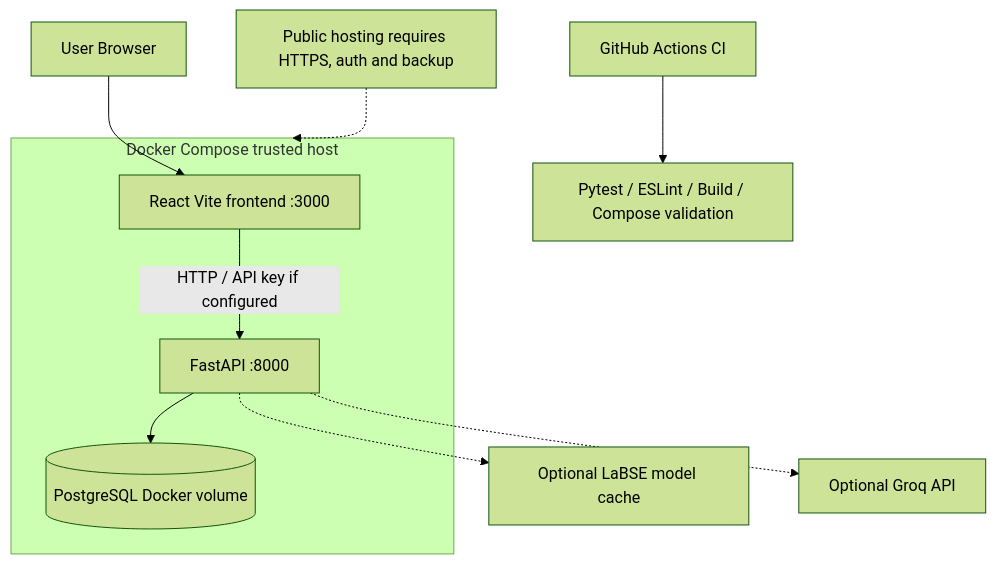
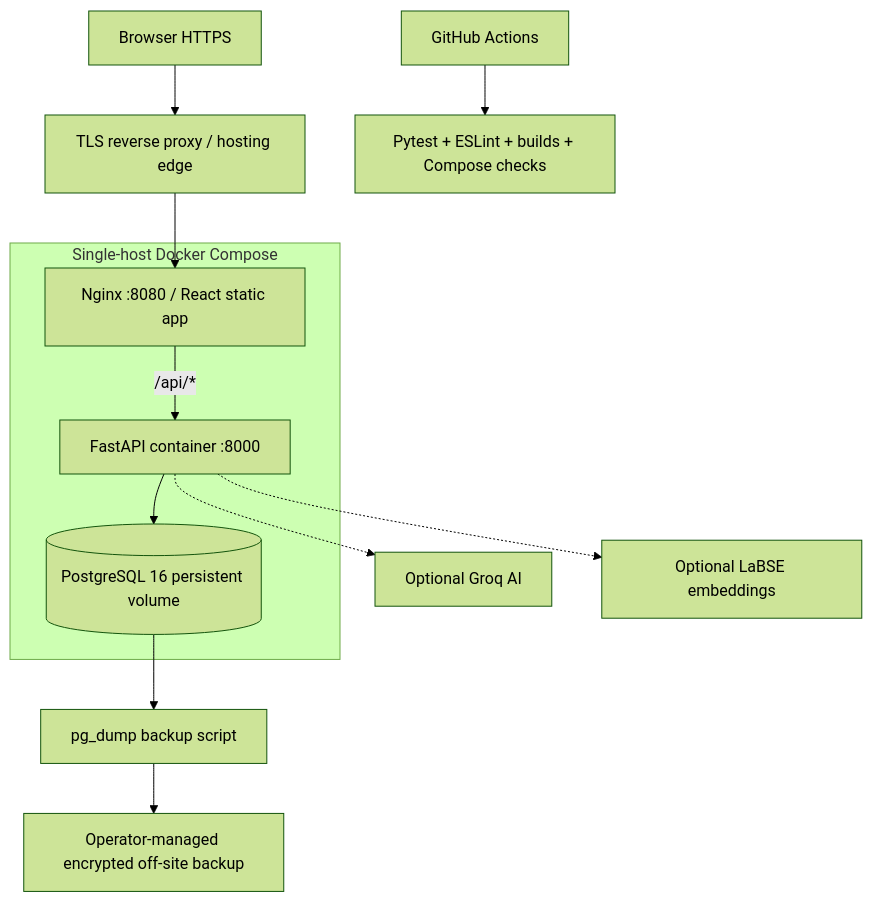
One commit to harshakavali81-collab/Multilingual-Project changed the diagram in docs/diagrams/deployment.mmd. Above: the diagram before and after it, drawn with Mermaid (forest theme). The commit also changed 28 other files, not shown here.

First line of the commit message:
Add production authentication, private workspaces, Nginx deployment and backup tools

```diff
--- a/docs/diagrams/deployment.mmd
+++ b/docs/diagrams/deployment.mmd
@@ -1,13 +1,15 @@
 flowchart TB
-  Browser[User Browser] --> UI[React Vite frontend :3000]
-  UI -->|HTTP / API key if configured| API[FastAPI :8000]
-  API --> DB[(PostgreSQL Docker volume)]
-  API -.-> ML[Optional LaBSE model cache]
-  API -.-> Groq[Optional Groq API]
-  subgraph Compose[Docker Compose trusted host]
-    UI
+  Internet["Browser HTTPS"] --> Proxy["TLS reverse proxy / hosting edge"]
+  Proxy --> Web["Nginx :8080 / React static app"]
+  Web -->|/api/*| API["FastAPI container :8000"]
+  API --> DB[("PostgreSQL 16 persistent volume")]
+  API -.-> HostedAI["Optional Groq AI"]
+  API -.-> Semantic["Optional LaBSE embeddings"]
+  DB --> Dump["pg_dump backup script"]
+  Dump --> Offsite["Operator-managed encrypted off-site backup"]
+  subgraph Host["Single-host Docker Compose"]
+    Web
     API
     DB
   end
-  GH[GitHub Actions CI] --> Tests[Pytest / ESLint / Build / Compose validation]
-  note[Public hosting requires HTTPS, auth and backup] -.-> Compose
+  Actions["GitHub Actions"] --> Test["Pytest + ESLint + builds + Compose checks"]
```
